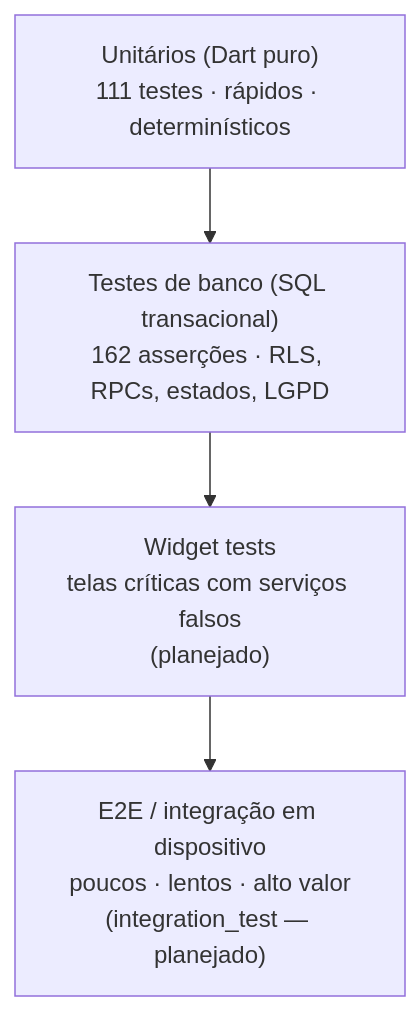
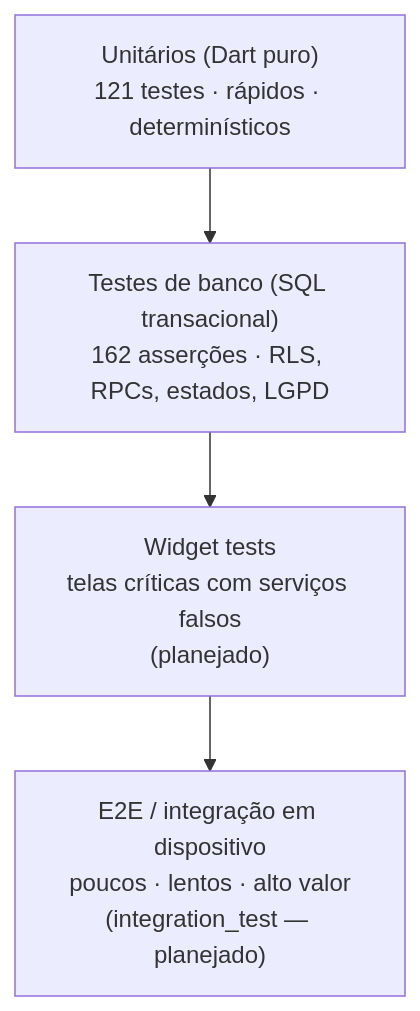
One commit to Washington-Freitas/DesperrengueApp_TAI3 changed the diagram in docs/TESTING.md. Above: the diagram before and after it, drawn with Mermaid. The commit also changed other lines of this file and 15 other files, not shown here.

````diff
--- a/docs/TESTING.md
+++ b/docs/TESTING.md
@@ -25,8 +25,8 @@
 ```mermaid
 flowchart TB
     E2E["E2E / integração em dispositivo<br/>poucos · lentos · alto valor<br/>(integration_test — planejado)"]
     WID["Widget tests<br/>telas críticas com serviços falsos<br/>(planejado)"]
     DBT["Testes de banco (SQL transacional)<br/>162 asserções · RLS, RPCs, estados, LGPD"]
-    UNIT["Unitários (Dart puro)<br/>111 testes · rápidos · determinísticos"]
+    UNIT["Unitários (Dart puro)<br/>121 testes · rápidos · determinísticos"]
     UNIT --> DBT --> WID --> E2E
 ```
````
